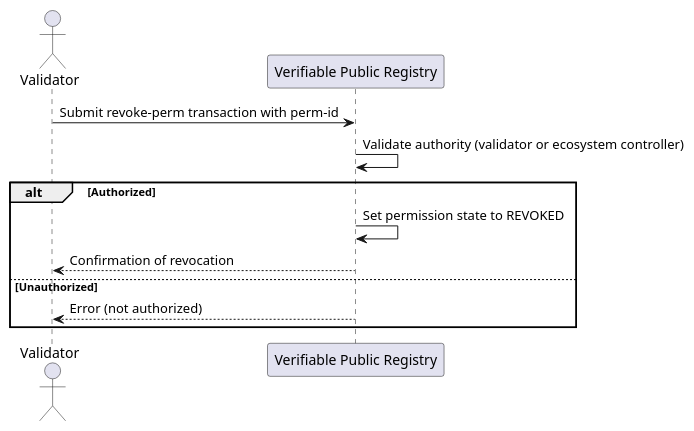
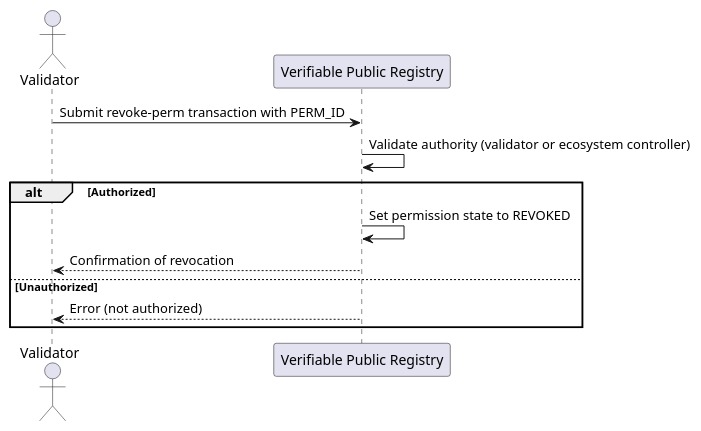
One commit to verana-labs/verana-docs changed the diagram in docs/use/ecosystems/30-permission-revocation.md. Above: the diagram before and after it, drawn with PlantUML. The commit also changed other lines of this file, not shown here.

Commit message:
feat: revoke permission

````diff
--- a/docs/use/ecosystems/30-permission-revocation.md
+++ b/docs/use/ecosystems/30-permission-revocation.md
@@ -37,15 +48,15 @@
 ```plantuml
 @startuml
 actor "Validator" as validator
 participant "Verifiable Public Registry" as VPR
 
-validator -> VPR: Submit revoke-perm transaction with perm-id
+validator -> VPR: Submit revoke-perm transaction with PERM_ID
 VPR -> VPR: Validate authority (validator or ecosystem controller)
 alt Authorized
     VPR -> VPR: Set permission state to REVOKED
     VPR --> validator: Confirmation of revocation
 else Unauthorized
     VPR --> validator: Error (not authorized)
 end
 @enduml
 ```
````
